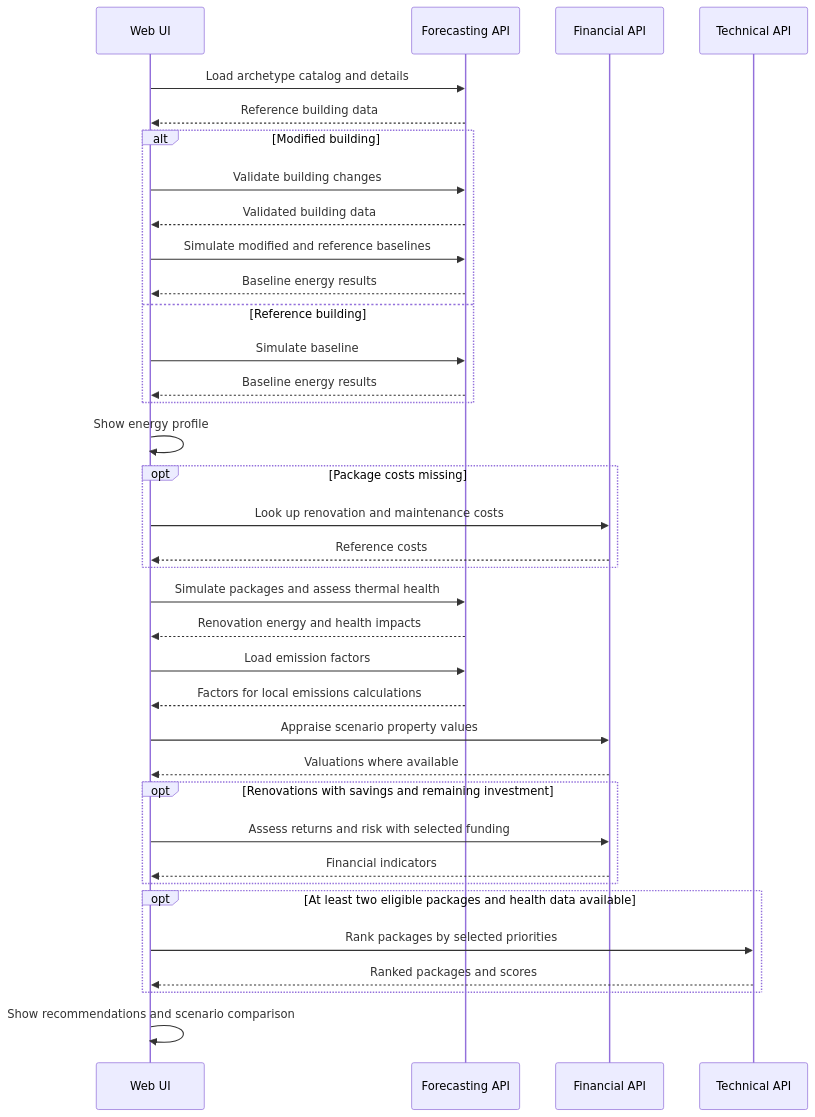
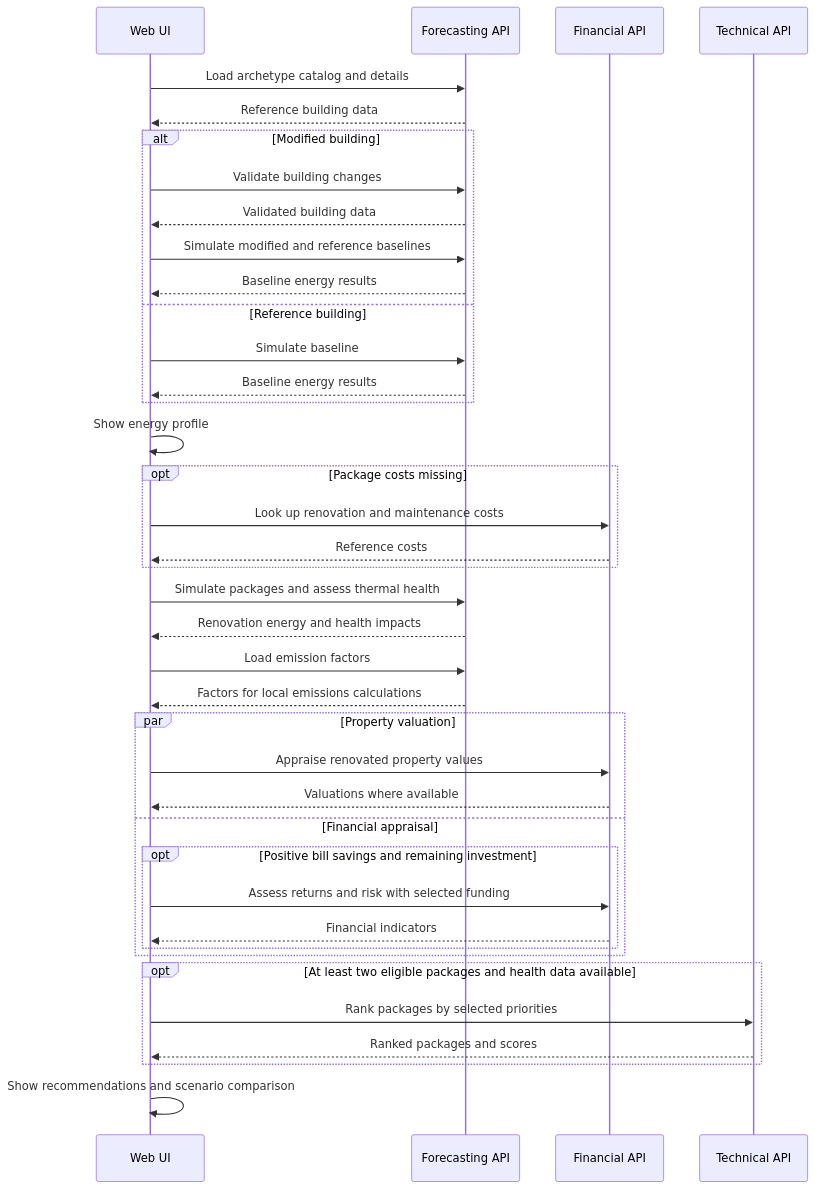
One commit to ReLIFE-Project-EU/relife-web-ui changed the second of 4 diagrams in README.md. Above: the diagram before and after it, drawn with Mermaid. The commit also changed other lines of this file, not shown here.

````diff
--- a/README.md
+++ b/README.md
@@ -53,40 +69,43 @@
 ```mermaid
 sequenceDiagram
     participant UI as Web UI
     participant FCAST as Forecasting API
     participant FIN as Financial API
     participant TECH as Technical API
 
     UI->>FCAST: Load archetype catalog and details
     FCAST-->>UI: Reference building data
     alt Modified building
       UI->>FCAST: Validate building changes
       FCAST-->>UI: Validated building data
       UI->>FCAST: Simulate modified and reference baselines
       FCAST-->>UI: Baseline energy results
     else Reference building
       UI->>FCAST: Simulate baseline
       FCAST-->>UI: Baseline energy results
     end
     UI->>UI: Show energy profile
 
     opt Package costs missing
       UI->>FIN: Look up renovation and maintenance costs
       FIN-->>UI: Reference costs
     end
     UI->>FCAST: Simulate packages and assess thermal health
     FCAST-->>UI: Renovation energy and health impacts
     UI->>FCAST: Load emission factors
     FCAST-->>UI: Factors for local emissions calculations
-    UI->>FIN: Appraise scenario property values
-    FIN-->>UI: Valuations where available
-    opt Renovations with savings and remaining investment
-      UI->>FIN: Assess returns and risk with selected funding
-      FIN-->>UI: Financial indicators
+    par Property valuation
+      UI->>FIN: Appraise renovated property values
+      FIN-->>UI: Valuations where available
+    and Financial appraisal
+      opt Positive bill savings and remaining investment
+        UI->>FIN: Assess returns and risk with selected funding
+        FIN-->>UI: Financial indicators
+      end
     end
     opt At least two eligible packages and health data available
       UI->>TECH: Rank packages by selected priorities
       TECH-->>UI: Ranked packages and scores
     end
     UI->>UI: Show recommendations and scenario comparison
 ```
````
